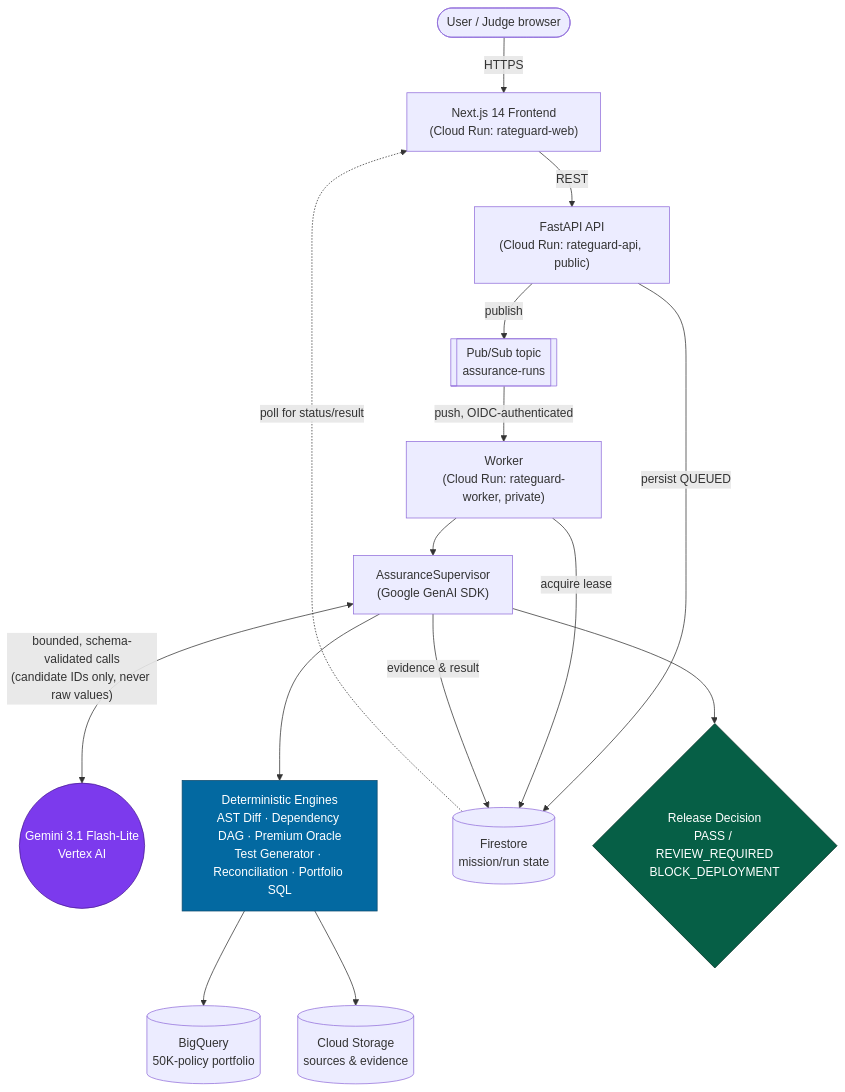
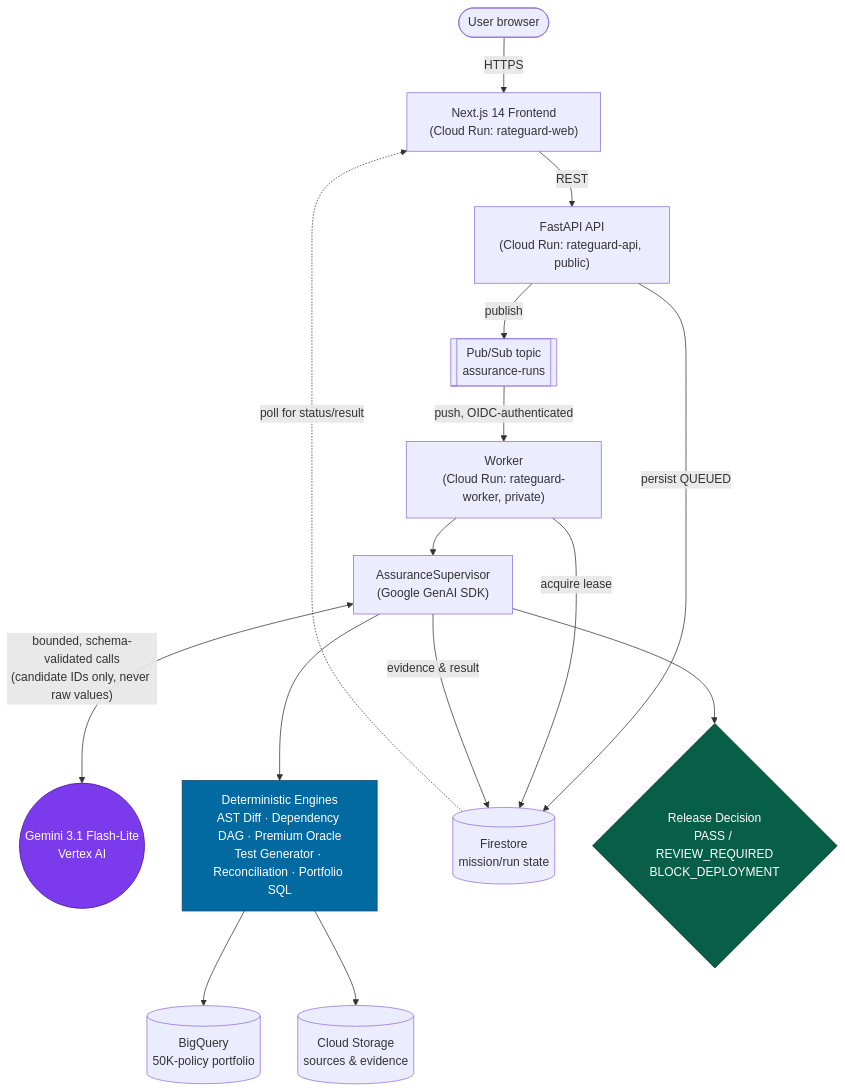
The diagram in README.md (Panja-Sketch/rateguard-enhanced), drawn with Mermaid before and after one commit. The commit also changed other lines of this file and 11 other files, not shown here.

````diff
--- a/README.md
+++ b/README.md
@@ -66,34 +84,34 @@
 ```mermaid
 flowchart TB
-    User(["User / Judge browser"])
+    User(["User browser"])
     Web["Next.js 14 Frontend<br/>(Cloud Run: rateguard-web)"]
     API["FastAPI API<br/>(Cloud Run: rateguard-api, public)"]
     Topic[["Pub/Sub topic<br/>assurance-runs"]]
     Worker["Worker<br/>(Cloud Run: rateguard-worker, private)"]
     Supervisor["AssuranceSupervisor<br/>(Google GenAI SDK)"]
     Gemini(("Gemini 3.1 Flash-Lite<br/>Vertex AI"))
     Engines["Deterministic Engines<br/>AST Diff · Dependency DAG · Premium Oracle<br/>Test Generator · Reconciliation · Portfolio SQL"]
     Firestore[("Firestore<br/>mission/run state")]
     BigQuery[("BigQuery<br/>50K-policy portfolio")]
     GCS[("Cloud Storage<br/>sources & evidence")]
     Decision{"Release Decision<br/>PASS / REVIEW_REQUIRED<br/>BLOCK_DEPLOYMENT"}
 
     User -- HTTPS --> Web
     Web -- REST --> API
     API -- "persist QUEUED" --> Firestore
     API -- publish --> Topic
     Topic -- "push, OIDC-authenticated" --> Worker
     Worker -- "acquire lease" --> Firestore
     Worker --> Supervisor
     Supervisor <-- "bounded, schema-validated calls<br/>(candidate IDs only, never raw values)" --> Gemini
     Supervisor --> Engines
     Engines --> BigQuery
     Engines --> GCS
     Supervisor -- evidence & result --> Firestore
     Supervisor --> Decision
     Firestore -. poll for status/result .-> Web
 
     style Gemini fill:#7c3aed,stroke:#4c1d95,color:#fff
     style Engines fill:#0369a1,stroke:#0c4a6e,color:#fff
     style Decision fill:#065f46,stroke:#022c22,color:#fff
 ```
````
